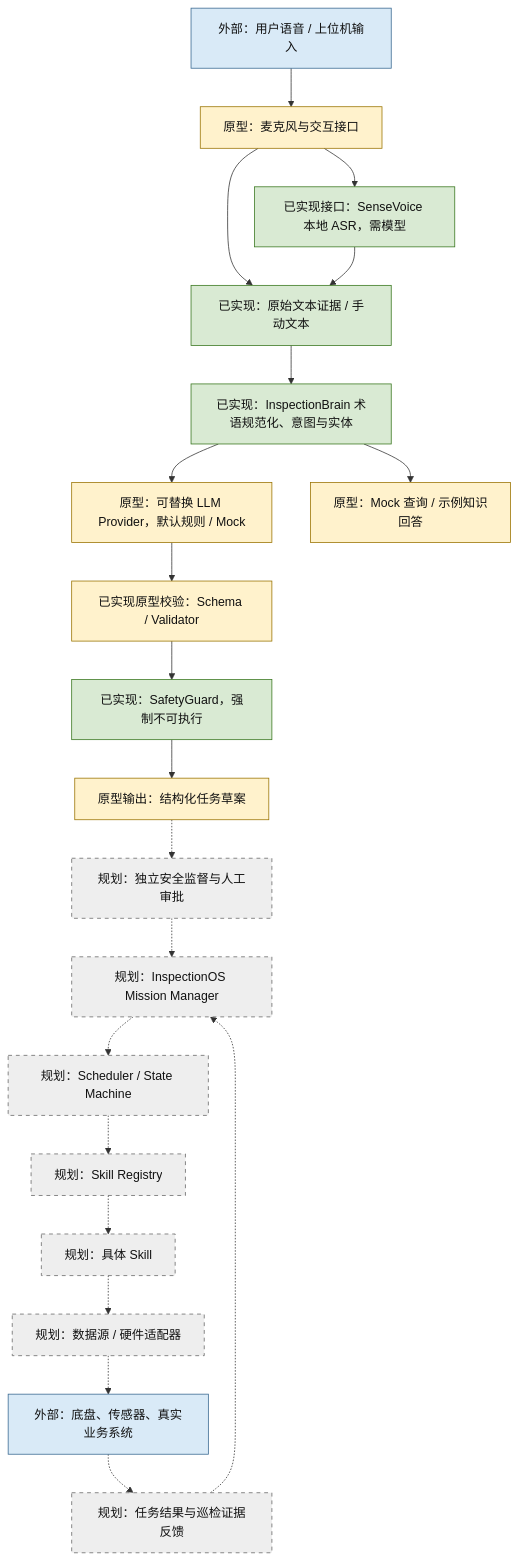
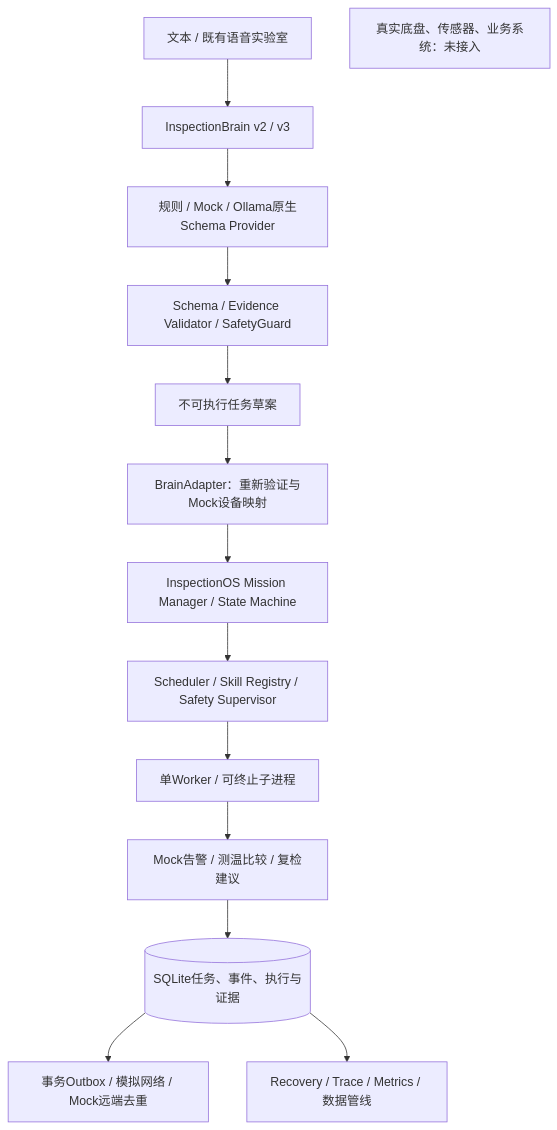
The diagram in README.md (YueChenLi-lab/power-inspection-robot), drawn with Mermaid before and after one commit. The commit also changed other lines of this file and 78 other files, not shown here.

Commit message:
feat: complete mock edge runtime validation reports and architecture docs

````diff
--- a/README.md
+++ b/README.md
@@ -60,30 +60,16 @@
 ```mermaid
 flowchart TD
-    U[外部：用户语音 / 上位机输入] --> I[原型：麦克风与交互接口]
-    I --> A[已实现接口：SenseVoice 本地 ASR，需模型]
-    I --> T[已实现：原始文本证据 / 手动文本]
-    A --> T
-    T --> B[已实现：InspectionBrain 术语规范化、意图与实体]
-    B --> P[原型：可替换 LLM Provider，默认规则 / Mock]
-    P --> V[已实现原型校验：Schema / Validator]
-    V --> G[已实现：SafetyGuard，强制不可执行]
-    G --> D[原型输出：结构化任务草案]
-    D -.-> H[规划：独立安全监督与人工审批]
-    H -.-> M[规划：InspectionOS Mission Manager]
-    M -.-> S[规划：Scheduler / State Machine]
-    S -.-> R[规划：Skill Registry]
-    R -.-> K[规划：具体 Skill]
-    K -.-> X[规划：数据源 / 硬件适配器]
-    X -.-> E[外部：底盘、传感器、真实业务系统]
-    E -.-> F[规划：任务结果与巡检证据反馈]
-    F -.-> M
-    B --> Q[原型：Mock 查询 / 示例知识回答]
-    classDef implemented fill:#d9ead3,stroke:#38761d,color:#111;
-    classDef prototype fill:#fff2cc,stroke:#997300,color:#111;
-    classDef planned fill:#eeeeee,stroke:#666,stroke-dasharray:5 5,color:#111;
-    classDef external fill:#d9eaf7,stroke:#376890,color:#111;
-    class A,T,B,G implemented;
-    class I,P,V,D,Q prototype;
-    class H,M,S,R,K,X,F planned;
-    class U,E external;
+    T[文本 / 既有语音实验室] --> B[InspectionBrain v2 / v3]
+    B --> P[规则 / Mock / Ollama原生Schema Provider]
+    P --> V[Schema / Evidence Validator / SafetyGuard]
+    V --> D[不可执行任务草案]
+    D --> A[BrainAdapter：重新验证与Mock设备映射]
+    A --> M[InspectionOS Mission Manager / State Machine]
+    M --> S[Scheduler / Skill Registry / Safety Supervisor]
+    S --> W[单Worker / 可终止子进程]
+    W --> K[Mock告警 / 测温比较 / 复检建议]
+    K --> DB[(SQLite任务、事件、执行与证据)]
+    DB --> O[事务Outbox / 模拟网络 / Mock远端去重]
+    DB --> R[Recovery / Trace / Metrics / 数据管线]
+    HW[真实底盘、传感器、业务系统：未接入]
 ```
````
